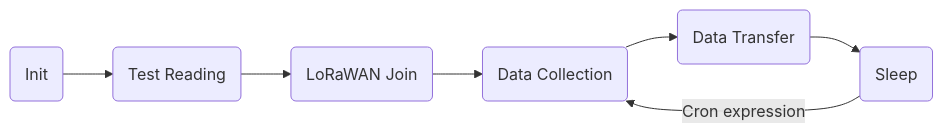
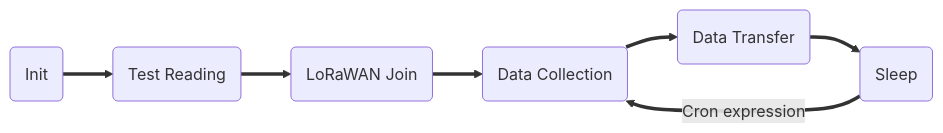
Before and after one commit to Lobaro/docs: the diagram in docs/lorawan-sensors/modbus-lorawan/index.md, drawn with Mermaid. The commit also changed other lines of this file and 5 other files, not shown here.

````diff
--- a/docs/lorawan-sensors/modbus-lorawan/index.md
+++ b/docs/lorawan-sensors/modbus-lorawan/index.md
@@ -44,9 +120,9 @@
 ```mermaid
 graph LR;
-    init(Init)-->check(Test Reading);
-    check-->join(LoRaWAN Join);
-    join-->read(Data Collection);
-    read-->send(Data Transfer);
-    send-->sleep("Sleep");
-    sleep-->|Cron expression| read;
+    init(Init)==>check(Test Reading);
+    check==>join(LoRaWAN Join);
+    join==>read(Data Collection);
+    read==>send(Data Transfer);
+    send==>sleep("Sleep");
+    sleep==>|Cron expression| read;
 ```
````
